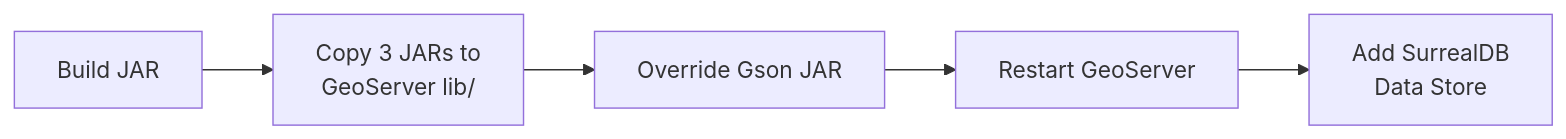
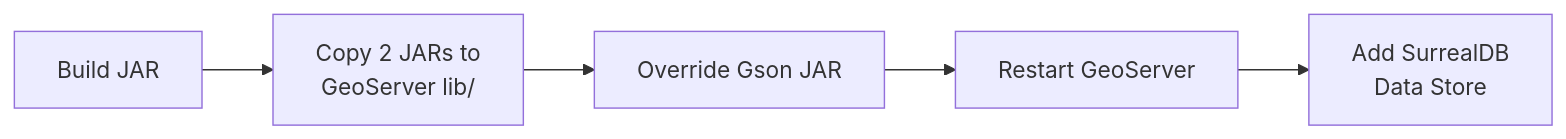
Before and after one commit to nitin84india/surrealdb-geoserver-connector: the first of 7 diagrams in README.md, drawn with Mermaid. The commit also changed other lines of this file, not shown here.

Commit message:
docs: update README for SCHEMALESS support, pure HTTP client, and SurrealDB v3 compatibility

````diff
--- a/README.md
+++ b/README.md
@@ -72,7 +73,7 @@
 ```mermaid
 flowchart LR
-    A[Build JAR] --> B[Copy 3 JARs to\nGeoServer lib/]
+    A[Build JAR] --> B[Copy 2 JARs to\nGeoServer lib/]
     B --> C[Override Gson JAR]
     C --> D[Restart GeoServer]
     D --> E[Add SurrealDB\nData Store]
 ```
````
